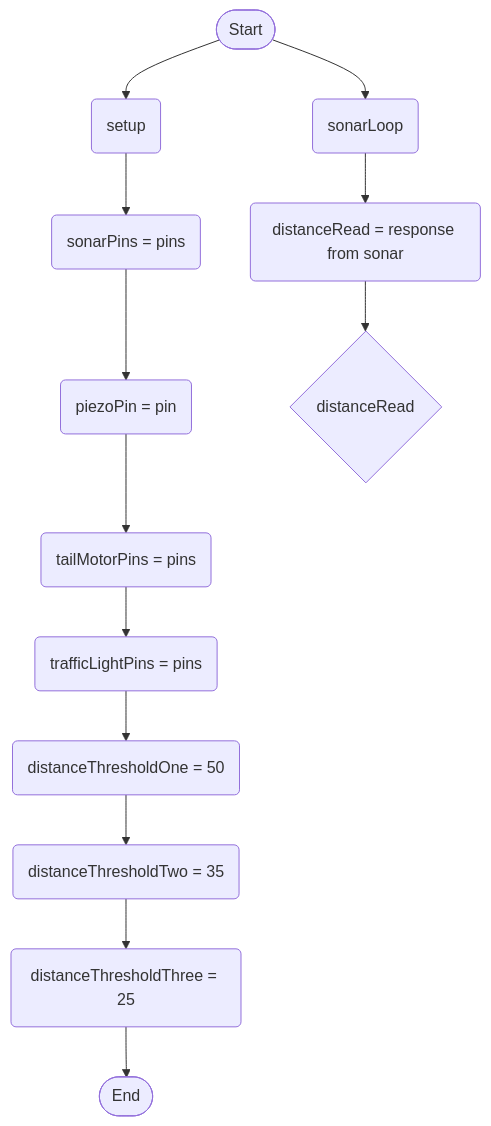
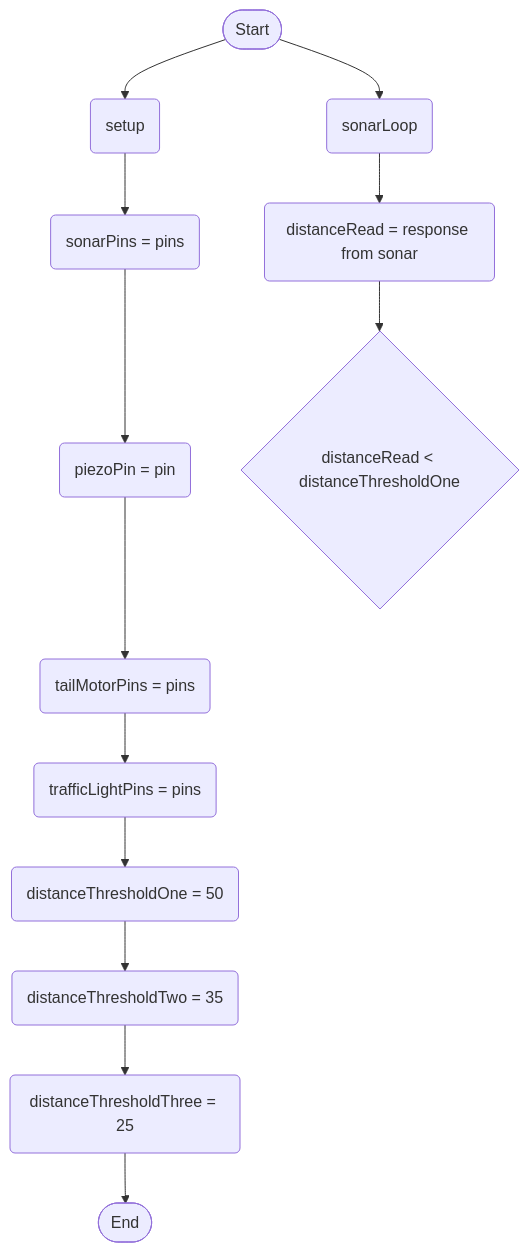
The diagram in logic.md (Deltace05/SmartDog), drawn with Mermaid before and after one commit.

````diff
--- a/logic.md
+++ b/logic.md
@@ -1,30 +1,30 @@
 ```mermaid
 flowchart TD
 terminalStart([Start])
 terminalEnd([End])
 setupStart(setup)
 setSonarRead(sonarPins = pins)
 setPiezoPin(piezoPin = pin)
 setTail(tailMotorPins = pins)
 setLight(trafficLightPins = pins)
 thresholdSetOne(distanceThresholdOne = 50)
 thresholdSetTwo(distanceThresholdTwo = 35)
 thresholdSetThree(distanceThresholdThree = 25)
 currentDistanceReading(distanceRead = response from sonar)
-ifDistanceLessThanThresholdOne{distanceRead <distanceThresholdOne>}
+ifDistanceLessThanThresholdOne{distanceRead < distanceThresholdOne}
 sonarStart(sonarLoop)
 
 terminalStart --> setupStart
 setupStart --> setSonarRead
 setSonarRead --> setPiezoPin
 setPiezoPin --> setTail
 setTail --> setLight
 setLight --> thresholdSetOne
 thresholdSetOne --> thresholdSetTwo
 thresholdSetTwo --> thresholdSetThree
 thresholdSetThree --> terminalEnd
 
 terminalStart --> sonarStart
 sonarStart --> currentDistanceReading
 currentDistanceReading --> ifDistanceLessThanThresholdOne
 ```
````
